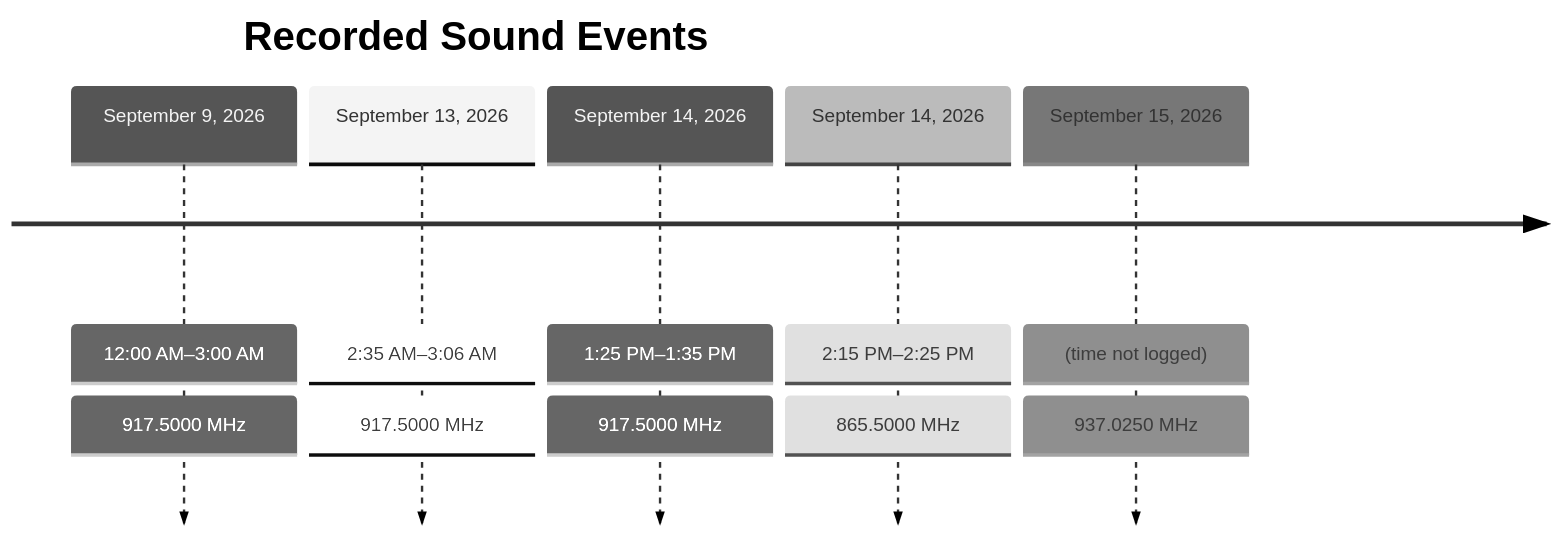
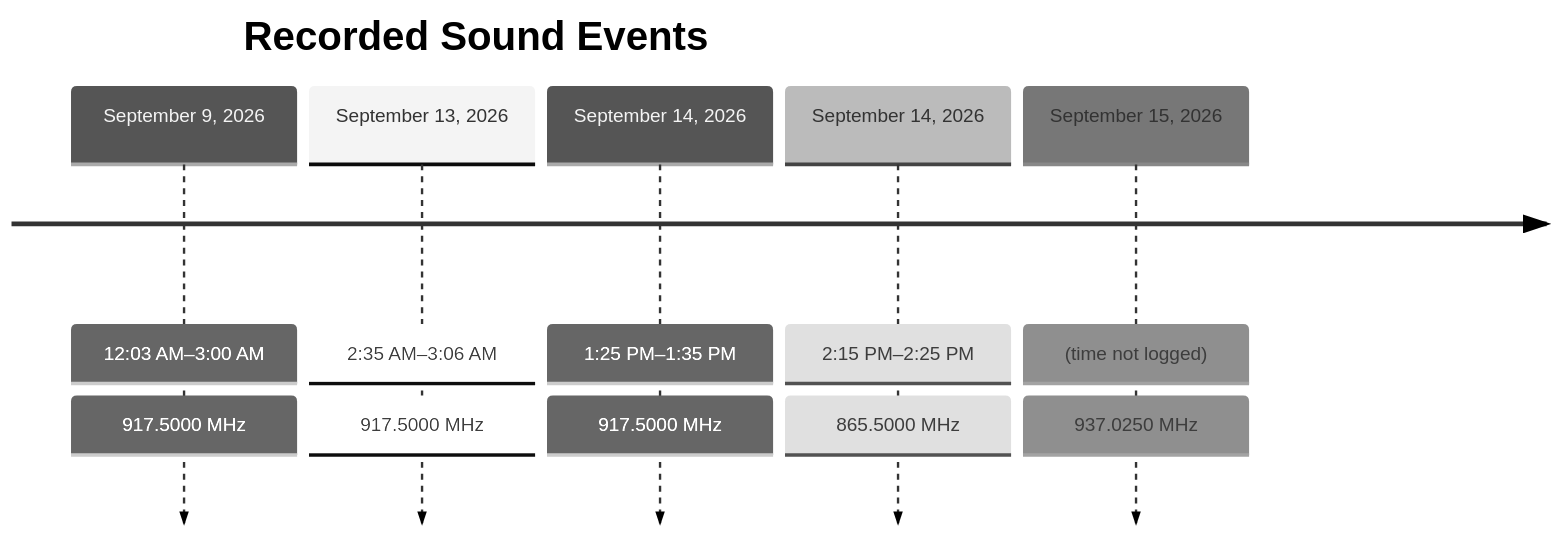
Before and after one commit to DuckyOnQuack-999/ELECTROMAGNETIC-AUDIO-TRANSDUCTION: the sixth of 10 diagrams in README.md, drawn with Mermaid (neutral theme). The commit also changed other lines of this file, not shown here.

````diff
--- a/README.md
+++ b/README.md
@@ -496,9 +499,9 @@
 ```mermaid
 timeline
     title Recorded Sound Events
-    September 9, 2026 : 12:00 AM–3:00 AM : 917.5000 MHz
+    September 9, 2026 : 12:03 AM–3:00 AM : 917.5000 MHz
     September 13, 2026 : 2:35 AM–3:06 AM : 917.5000 MHz
     September 14, 2026 : 1:25 PM–1:35 PM : 917.5000 MHz
     September 14, 2026 : 2:15 PM–2:25 PM : 865.5000 MHz
     September 15, 2026 : (time not logged) : 937.0250 MHz
 ```
````
